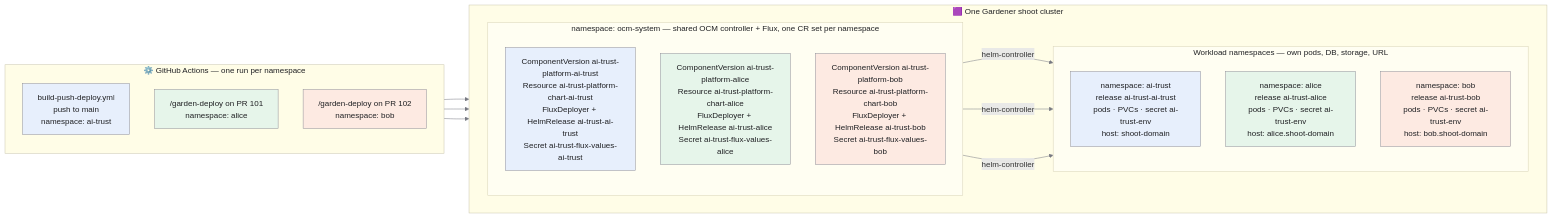
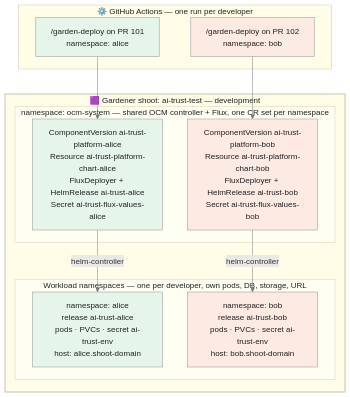
The third of 3 diagrams in docs/ci-cd.md (AI-Trust-Services/ai-trust-platform), drawn with Mermaid before and after one commit. The commit also changed other lines of this file, not shown here.

Commit message:
cicd.md: One cluster, many namespaces

````diff
--- a/docs/ci-cd.md
+++ b/docs/ci-cd.md
@@ -105,47 +144,35 @@
 ```mermaid
-flowchart LR
-    subgraph gha["⚙️ GitHub Actions — one run per namespace"]
-        direction TB
-        t_main["build-push-deploy.yml<br/>push to main<br/>namespace: ai-trust"]
+flowchart TB
+    subgraph gha["⚙️ GitHub Actions — one run per developer"]
         t_alice["/garden-deploy on PR 101<br/>namespace: alice"]
         t_bob["/garden-deploy on PR 102<br/>namespace: bob"]
     end
 
-    subgraph cluster["🟪 One Gardener shoot cluster"]
-        direction LR
-
+    subgraph cluster["🟪 Gardener shoot: ai-trust-test — development"]
         subgraph ocmsys["namespace: ocm-system — shared OCM controller + Flux, one CR set per namespace"]
-            direction TB
-            crs_main["ComponentVersion ai-trust-platform-ai-trust<br/>Resource ai-trust-platform-chart-ai-trust<br/>FluxDeployer + HelmRelease ai-trust-ai-trust<br/>Secret ai-trust-flux-values-ai-trust"]
             crs_alice["ComponentVersion ai-trust-platform-alice<br/>Resource ai-trust-platform-chart-alice<br/>FluxDeployer + HelmRelease ai-trust-alice<br/>Secret ai-trust-flux-values-alice"]
             crs_bob["ComponentVersion ai-trust-platform-bob<br/>Resource ai-trust-platform-chart-bob<br/>FluxDeployer + HelmRelease ai-trust-bob<br/>Secret ai-trust-flux-values-bob"]
         end
 
-        subgraph nss["Workload namespaces — own pods, DB, storage, URL"]
-            direction TB
-            ns_main["namespace: ai-trust<br/>release ai-trust-ai-trust<br/>pods · PVCs · secret ai-trust-env<br/>host: shoot-domain"]
+        subgraph nss["Workload namespaces — one per developer, own pods, DB, storage, URL"]
             ns_alice["namespace: alice<br/>release ai-trust-alice<br/>pods · PVCs · secret ai-trust-env<br/>host: alice.shoot-domain"]
             ns_bob["namespace: bob<br/>release ai-trust-bob<br/>pods · PVCs · secret ai-trust-env<br/>host: bob.shoot-domain"]
         end
 
-        crs_main -->|helm-controller| ns_main
         crs_alice -->|helm-controller| ns_alice
         crs_bob -->|helm-controller| ns_bob
     end
 
-    t_main --> crs_main
     t_alice --> crs_alice
     t_bob --> crs_bob
 
-    classDef nsMain fill:#e7effc,stroke:#8f8f99,stroke-width:1px,color:#202124
     classDef nsAlice fill:#e6f5ea,stroke:#8f8f99,stroke-width:1px,color:#202124
     classDef nsBob fill:#fdeae2,stroke:#8f8f99,stroke-width:1px,color:#202124
-    class t_main,crs_main,ns_main nsMain
     class t_alice,crs_alice,ns_alice nsAlice
     class t_bob,crs_bob,ns_bob nsBob
     style gha fill:#fffde7,stroke:#c9c5ae,stroke-width:1px,color:#202124
-    style cluster fill:#fffde7,stroke:#c9c5ae,stroke-width:1px,color:#202124
+    style cluster fill:#fffde7,stroke:#c9c5ae,stroke-width:2px,color:#202124
     style ocmsys fill:#fffef2,stroke:#d8d3b8,stroke-width:1px,color:#202124
     style nss fill:#fffef2,stroke:#d8d3b8,stroke-width:1px,color:#202124
     linkStyle default stroke:#777982,stroke-width:1px
 ```
````
